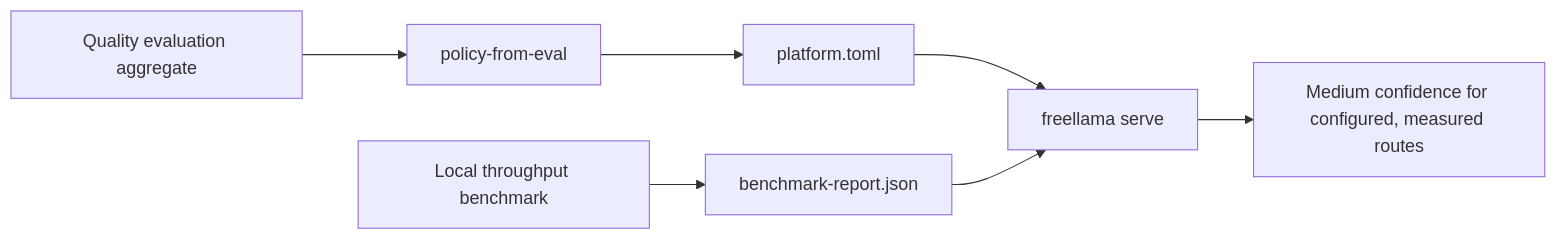
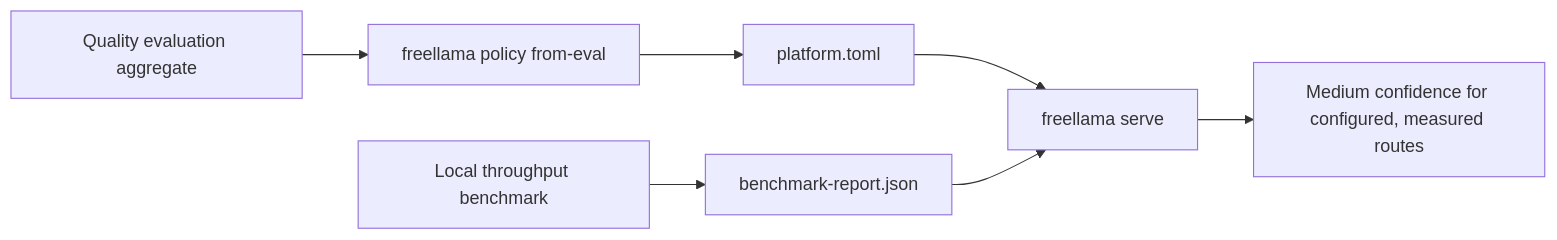
Before and after one commit to bgauryy/FreeLlama: the second of 2 diagrams in docs/CLI.md, drawn with Mermaid. The commit also changed other lines of this file and 454 other files, not shown here.

First line of the commit message:
Update flow (#11)

````diff
--- a/docs/CLI.md
+++ b/docs/CLI.md
@@ -267,9 +267,9 @@
 ```mermaid
 flowchart LR
-    Q["Quality evaluation aggregate"] --> P["policy-from-eval"]
+    Q["Quality evaluation aggregate"] --> P["freellama policy from-eval"]
     P --> PF["platform.toml"]
     T["Local throughput benchmark"] --> BR["benchmark-report.json"]
     PF --> S["freellama serve"]
     BR --> S
     S --> C["Medium confidence for configured, measured routes"]
 ```
````
